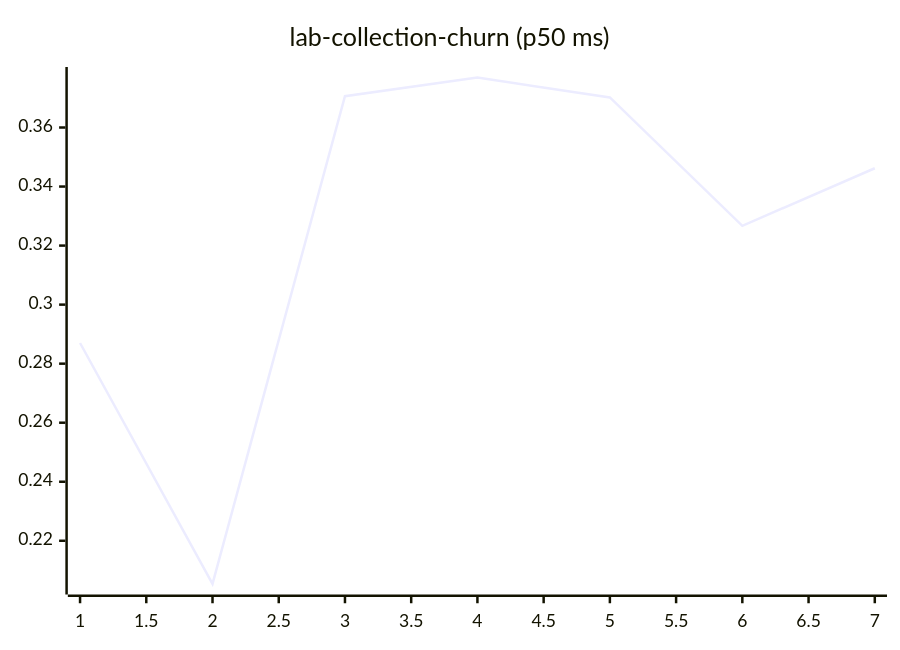
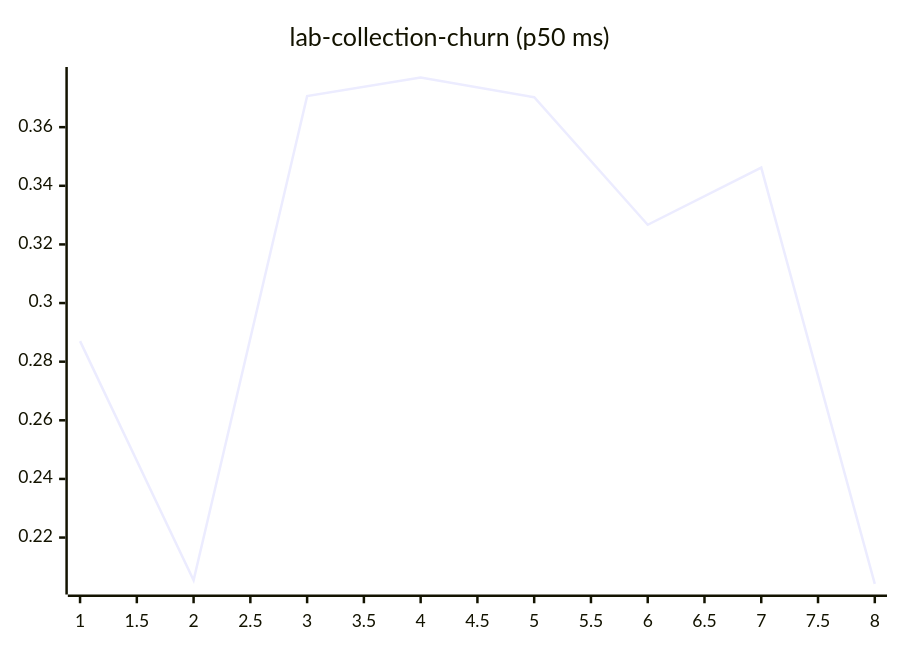
Diagram 11 of 27 in README.md (josha/Facet), drawn with Mermaid before and after one commit. The commit also changed other lines of this file and 2 other files, not shown here.

````diff
--- a/README.md
+++ b/README.md
@@ -133,6 +133,6 @@
 ```mermaid
 xychart-beta
     title "lab-collection-churn (p50 ms)"
-    x-axis 1 --> 7
-    line [0.2870, 0.2054, 0.3706, 0.3769, 0.3702, 0.3267, 0.3462]
+    x-axis 1 --> 8
+    line [0.2870, 0.2054, 0.3706, 0.3769, 0.3702, 0.3267, 0.3462, 0.2042]
 ```
````
